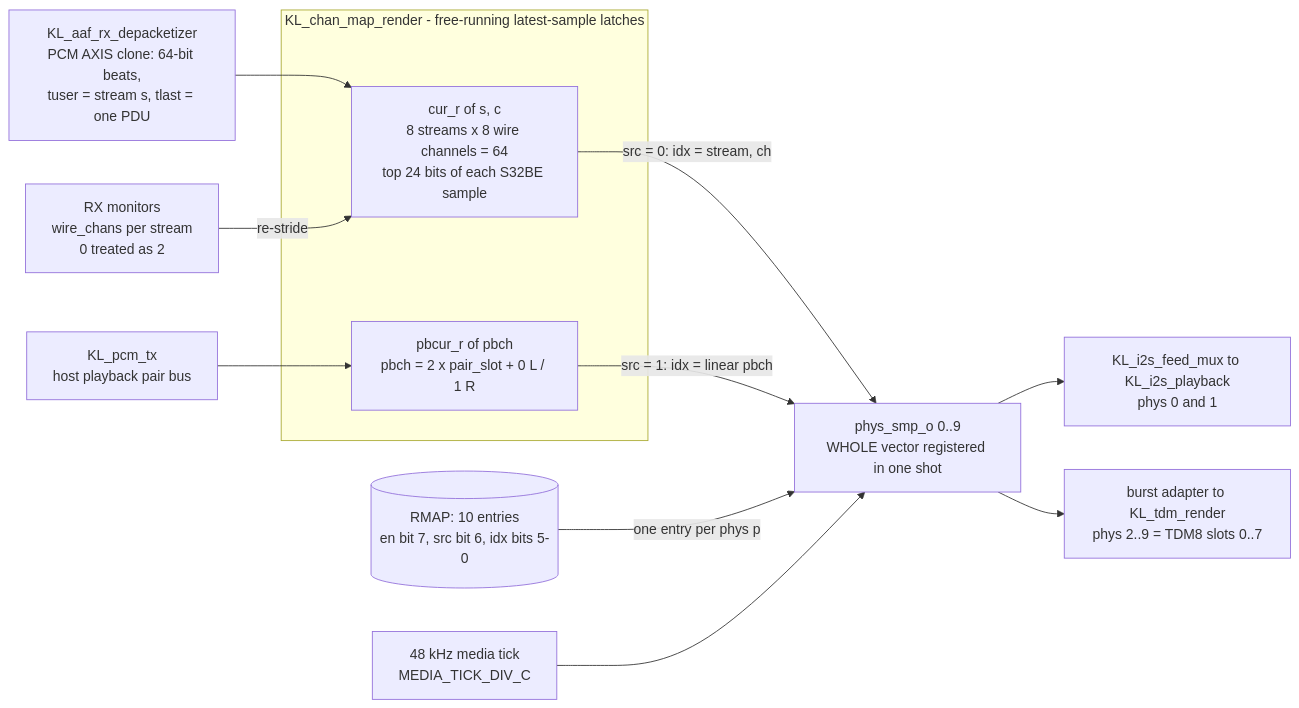
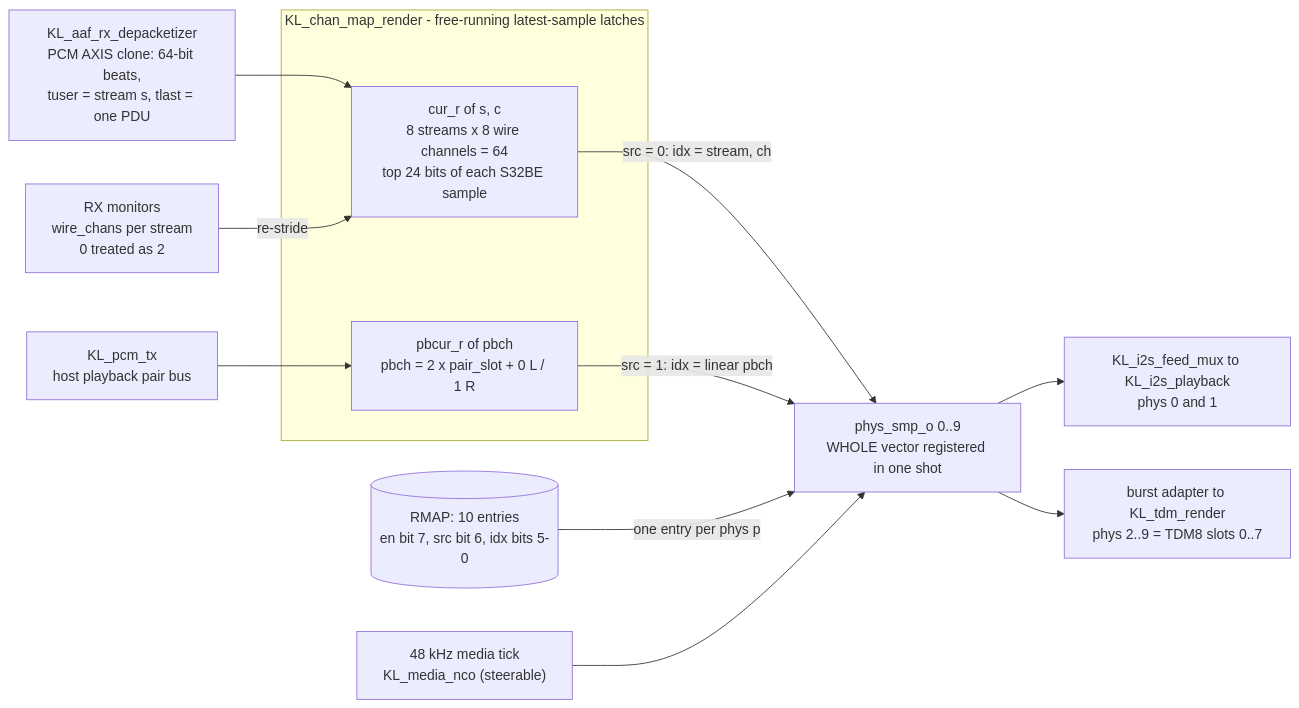
The first of 3 diagrams in docs/CHANNEL_MAP_64.md (kebag-logic/milan-fpga), drawn with Mermaid before and after one commit. The commit also changed 34 other files, not shown here.

````diff
--- a/docs/CHANNEL_MAP_64.md
+++ b/docs/CHANNEL_MAP_64.md
@@ -107,27 +107,27 @@
 ```mermaid
 flowchart LR
     DEP["KL_aaf_rx_depacketizer<br/>PCM AXIS clone: 64-bit beats,<br/>tuser = stream s, tlast = one PDU"]
     MON["RX monitors<br/>wire_chans per stream<br/>0 treated as 2"]
     RING["KL_pcm_tx<br/>host playback pair bus"]
 
     subgraph LATCH["KL_chan_map_render - free-running latest-sample latches"]
         CUR["cur_r of s, c<br/>8 streams x 8 wire channels = 64<br/>top 24 bits of each S32BE sample"]
         PBC["pbcur_r of pbch<br/>pbch = 2 x pair_slot + 0 L / 1 R"]
     end
 
     RMAP[("RMAP: 10 entries<br/>en bit 7, src bit 6, idx bits 5-0")]
-    TICK["48 kHz media tick<br/>MEDIA_TICK_DIV_C"]
+    TICK["48 kHz media tick<br/>KL_media_nco (steerable)"]
     VEC["phys_smp_o 0..9<br/>WHOLE vector registered in one shot"]
     I2S["KL_i2s_feed_mux to KL_i2s_playback<br/>phys 0 and 1"]
     TDM["burst adapter to KL_tdm_render<br/>phys 2..9 = TDM8 slots 0..7"]
 
     DEP --> CUR
     MON -->|"re-stride"| CUR
     RING --> PBC
     CUR -->|"src = 0: idx = stream, ch"| VEC
     PBC -->|"src = 1: idx = linear pbch"| VEC
     RMAP -->|"one entry per phys p"| VEC
     TICK --> VEC
     VEC --> I2S
     VEC --> TDM
 ```
````
